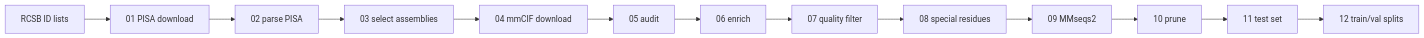
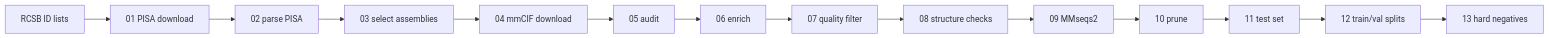
The diagram in README.md (marcos-bioinformatics/PPI_PDB_Scraper), drawn with Mermaid before and after one commit. The commit also changed other lines of this file and 13 other files, not shown here.

First line of the commit message:
Add contact checks and hard negatives; clean up PISA steps

````diff
--- a/README.md
+++ b/README.md
@@ -40,7 +43,7 @@
 ```mermaid
 flowchart LR
   ids[RCSB ID lists] --> s01[01 PISA download] --> s02[02 parse PISA] --> s03[03 select assemblies]
   s03 --> s04[04 mmCIF download] --> s05[05 audit] --> s06[06 enrich]
-  s06 --> s07[07 quality filter] --> s08[08 special residues] --> s09[09 MMseqs2]
-  s09 --> s10[10 prune] --> s11[11 test set] --> s12[12 train/val splits]
+  s06 --> s07[07 quality filter] --> s08[08 structure checks] --> s09[09 MMseqs2]
+  s09 --> s10[10 prune] --> s11[11 test set] --> s12[12 train/val splits] --> s13[13 hard negatives]
 ```
````
